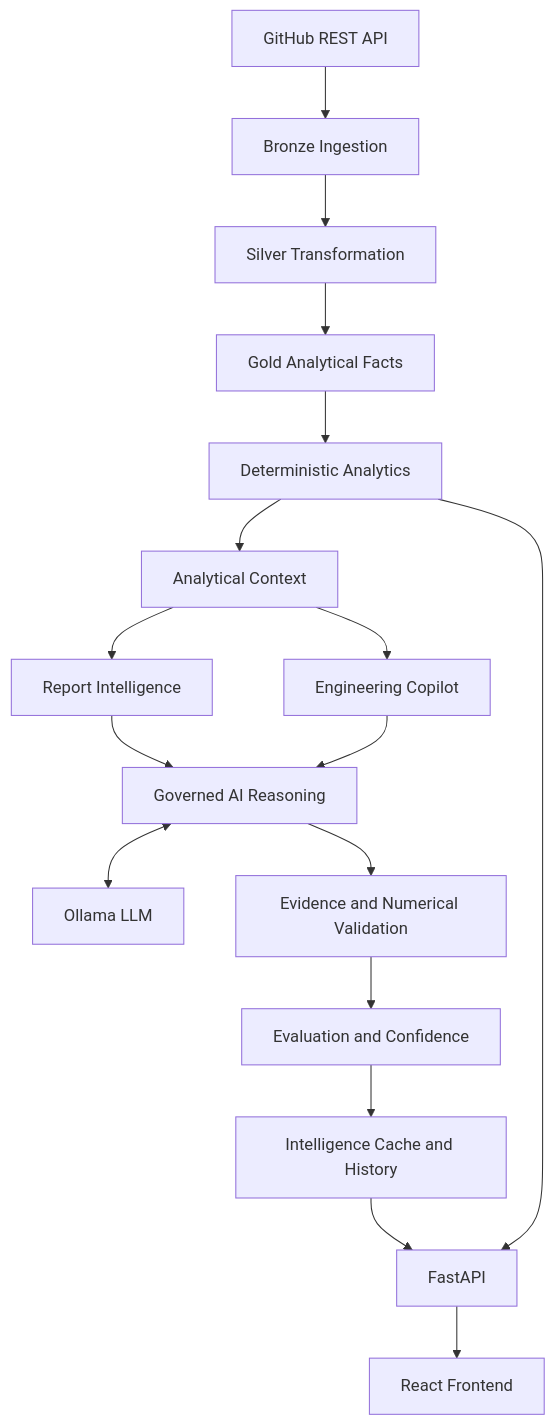
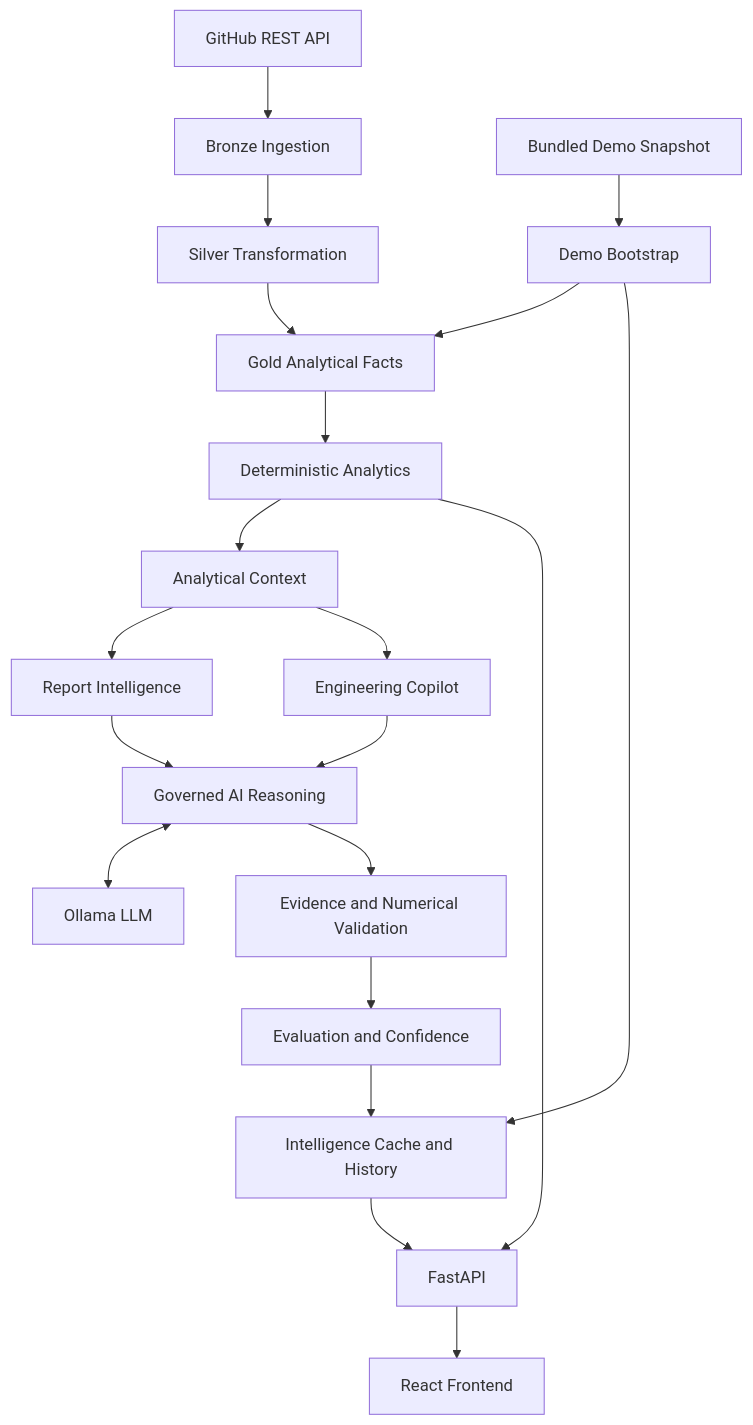
One commit to khldsqmr/Engineering-Intelligence-Platform changed the diagram in README.md. Above: the diagram before and after it, drawn with Mermaid. The commit also changed other lines of this file and 25 other files, not shown here.

````diff
--- a/README.md
+++ b/README.md
@@ -39,24 +54,27 @@
 ```mermaid
 flowchart TD
     A[GitHub REST API] --> B[Bronze Ingestion]
     B --> C[Silver Transformation]
     C --> D[Gold Analytical Facts]
+    S[Bundled Demo Snapshot] --> T[Demo Bootstrap]
+    T --> D
+    T --> M
 
     D --> E[Deterministic Analytics]
     E --> F[Analytical Context]
 
     F --> G[Report Intelligence]
     F --> H[Engineering Copilot]
 
     G --> I[Governed AI Reasoning]
     H --> I
 
     I <--> J[Ollama LLM]
     I --> K[Evidence and Numerical Validation]
     K --> L[Evaluation and Confidence]
     L --> M[Intelligence Cache and History]
 
     E --> N[FastAPI]
     M --> N
     N --> O[React Frontend]
 ```
````
